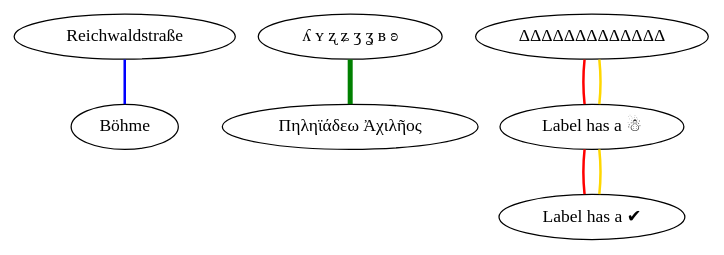
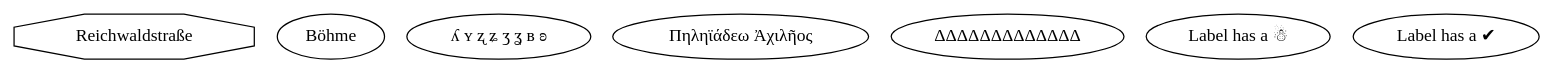
One commit to graphviz-perl/GraphViz2-Marpa changed the diagram in data/utf8.02.gv. Above: the diagram before and after it, drawn with Graphviz. The commit also changed 6 other files, not shown here.

```diff
--- a/data/utf8.02.gv
+++ b/data/utf8.02.gv
@@ -1,21 +1,18 @@
-graph utf8_02
+digraph utf8_01
 {
 	rankdir = TB
 
-	Reichwaldstraße -- Böhme [color = blue penwidth = 2]
+	"Reichwaldstraße" [shape = octagon]
+
+	"Böhme"
 
 	Three [ label = "ʎ ʏ ʐ ʑ ʒ ʓ ʙ ʚ"]
 
 	Four  [ label = "Πηληϊάδεω Ἀχιλῆος"]
 
 	"ΔΔΔΔΔΔΔΔΔΔΔΔΔ"
 
-	Snowman   [ label = "Label has a ☃"]
+	Snowman [ label = "Label has a ☃"]
 
-	Tick [ label = "Label has a ✔"]
-
-	Three -- Four [color = green penwidth = 4]
-
-	"ΔΔΔΔΔΔΔΔΔΔΔΔΔ" -- Snowman -- Tick [color = red  penwidth = 2]
-	Tick -- Snowman -- "ΔΔΔΔΔΔΔΔΔΔΔΔΔ" [color = gold penwidth = 2]
+	Tick    [ label = "Label has a ✔"]
 }
```
